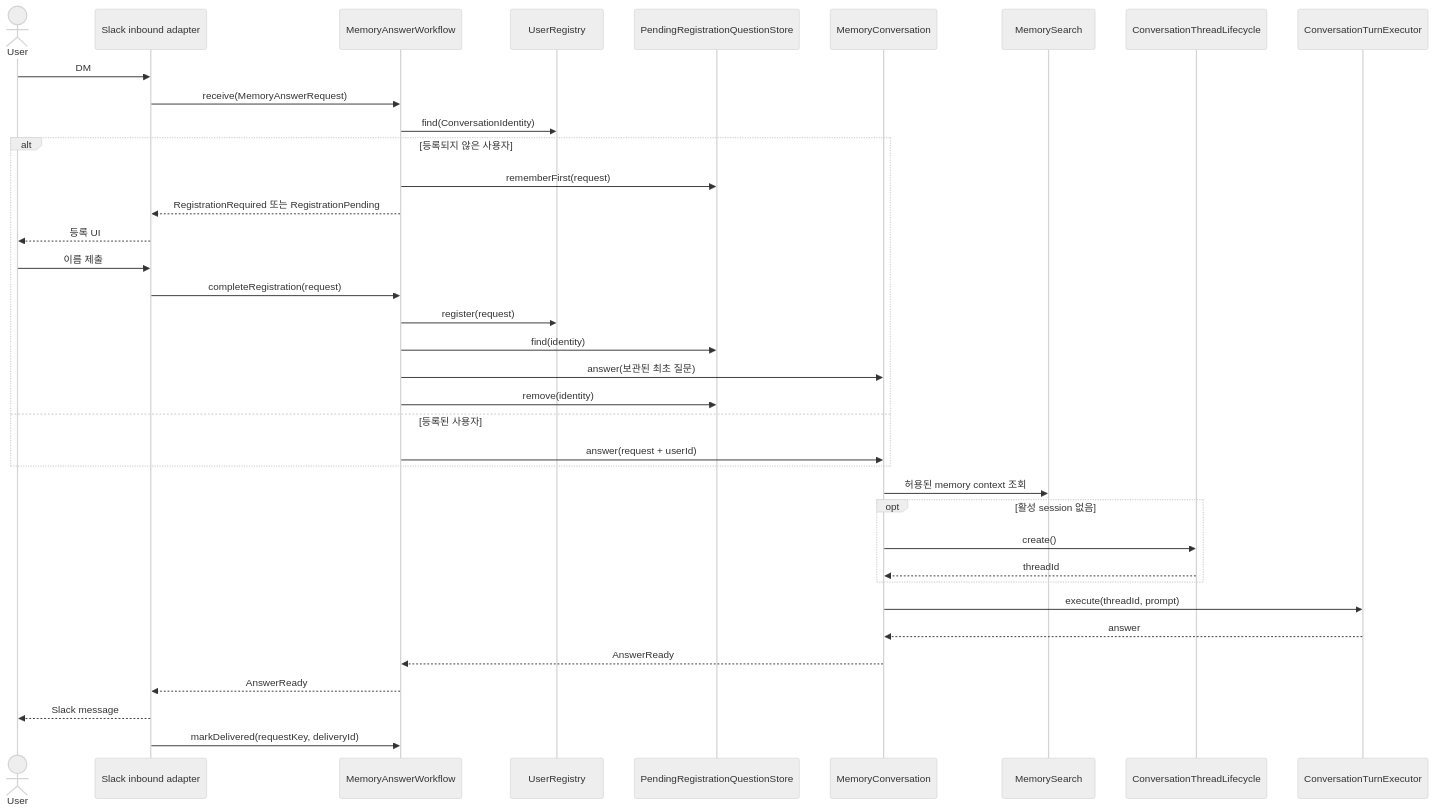
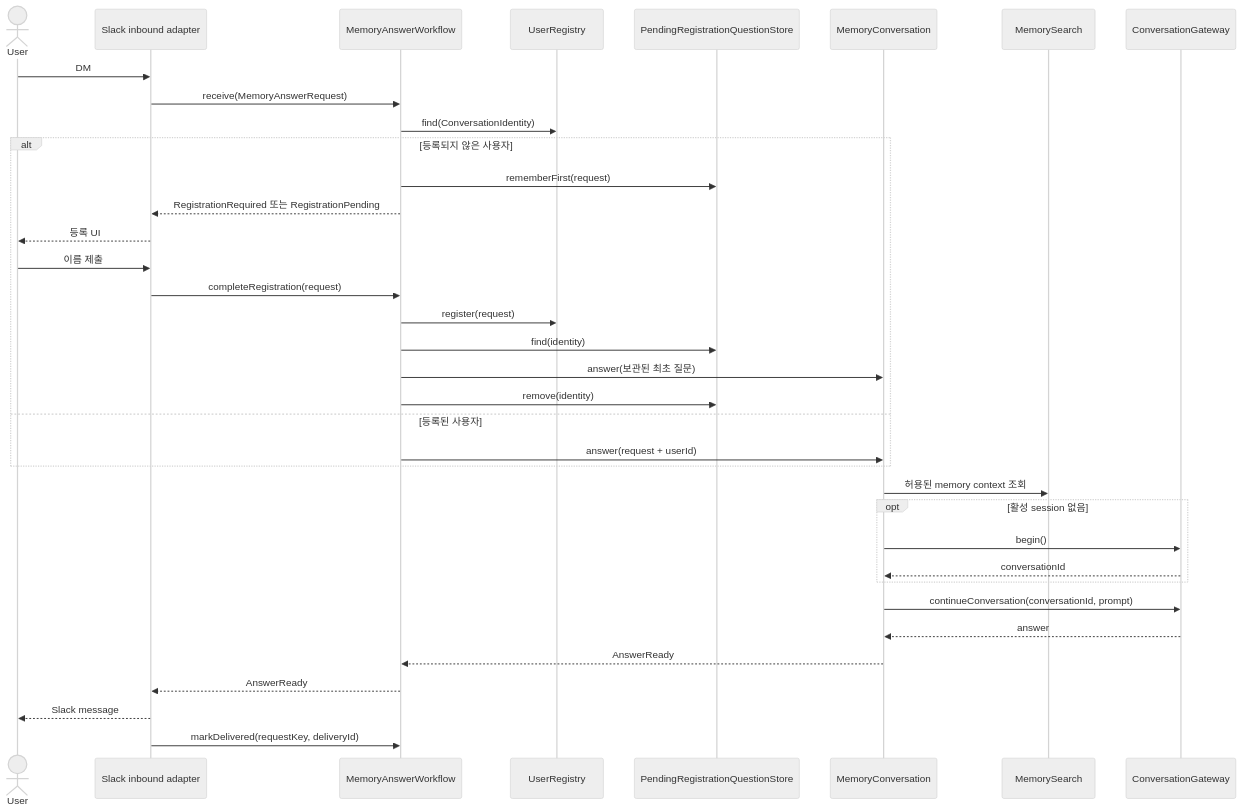
The second of 2 diagrams in application/src/main/kotlin/com/homeassistant/application/usecase/README.md (magenta1223/home_assistant), drawn with Mermaid (neutral theme) before and after one commit. The commit also changed other lines of this file and 31 other files, not shown here.

````diff
--- a/application/src/main/kotlin/com/homeassistant/application/usecase/README.md
+++ b/application/src/main/kotlin/com/homeassistant/application/usecase/README.md
@@ -60,40 +60,39 @@
 ```mermaid
 sequenceDiagram
     actor User
     participant Inbound as Slack inbound adapter
     participant Workflow as MemoryAnswerWorkflow
     participant Registry as UserRegistry
     participant Pending as PendingRegistrationQuestionStore
     participant Conversation as MemoryConversation
     participant Search as MemorySearch
-    participant Lifecycle as ConversationThreadLifecycle
-    participant Executor as ConversationTurnExecutor
+    participant Gateway as ConversationGateway
 
     User->>Inbound: DM
     Inbound->>Workflow: receive(MemoryAnswerRequest)
     Workflow->>Registry: find(ConversationIdentity)
     alt 등록되지 않은 사용자
         Workflow->>Pending: rememberFirst(request)
         Workflow-->>Inbound: RegistrationRequired 또는 RegistrationPending
         Inbound-->>User: 등록 UI
         User->>Inbound: 이름 제출
         Inbound->>Workflow: completeRegistration(request)
         Workflow->>Registry: register(request)
         Workflow->>Pending: find(identity)
         Workflow->>Conversation: answer(보관된 최초 질문)
         Workflow->>Pending: remove(identity)
     else 등록된 사용자
         Workflow->>Conversation: answer(request + userId)
     end
     Conversation->>Search: 허용된 memory context 조회
     opt 활성 session 없음
-        Conversation->>Lifecycle: create()
-        Lifecycle-->>Conversation: threadId
+        Conversation->>Gateway: begin()
+        Gateway-->>Conversation: conversationId
     end
-    Conversation->>Executor: execute(threadId, prompt)
-    Executor-->>Conversation: answer
+    Conversation->>Gateway: continueConversation(conversationId, prompt)
+    Gateway-->>Conversation: answer
     Conversation-->>Workflow: AnswerReady
     Workflow-->>Inbound: AnswerReady
     Inbound-->>User: Slack message
     Inbound->>Workflow: markDelivered(requestKey, deliveryId)
 ```
````
